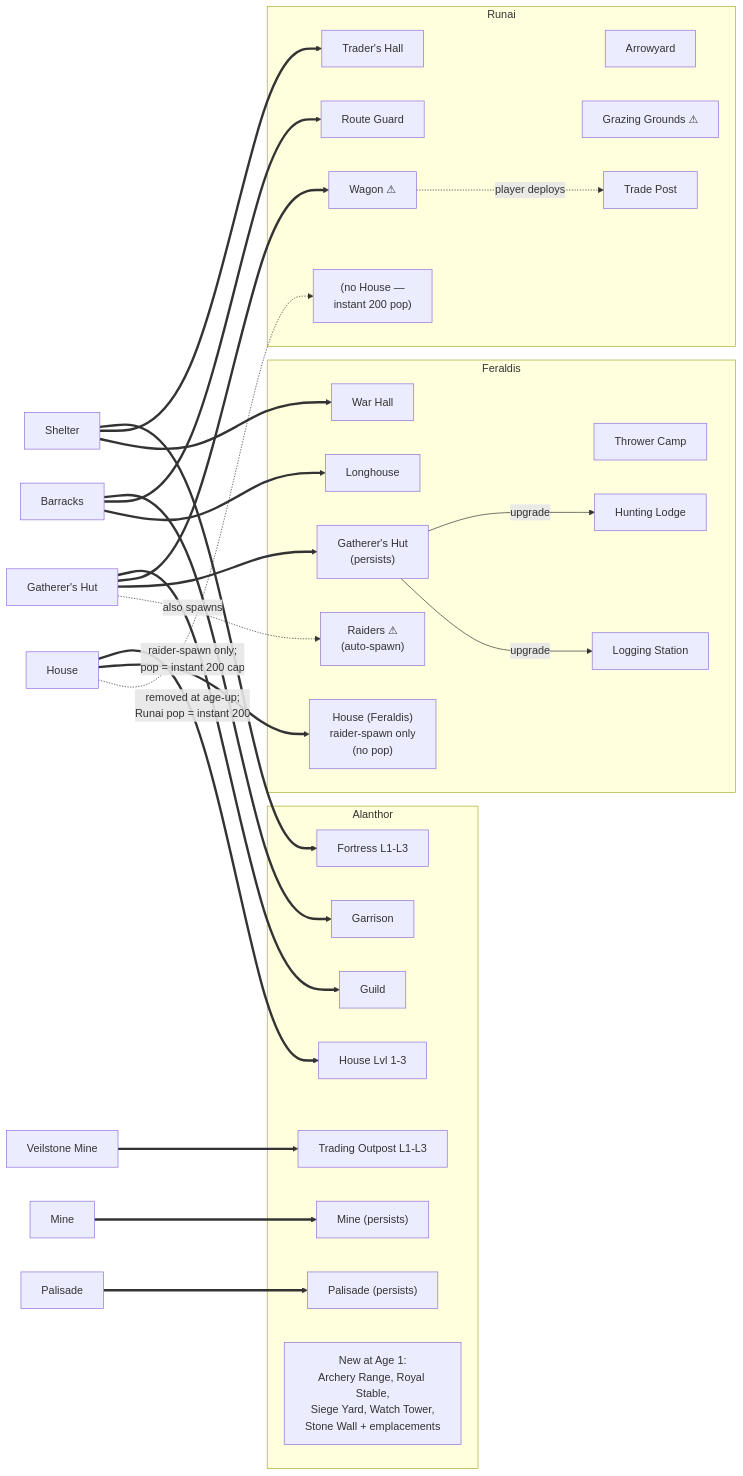
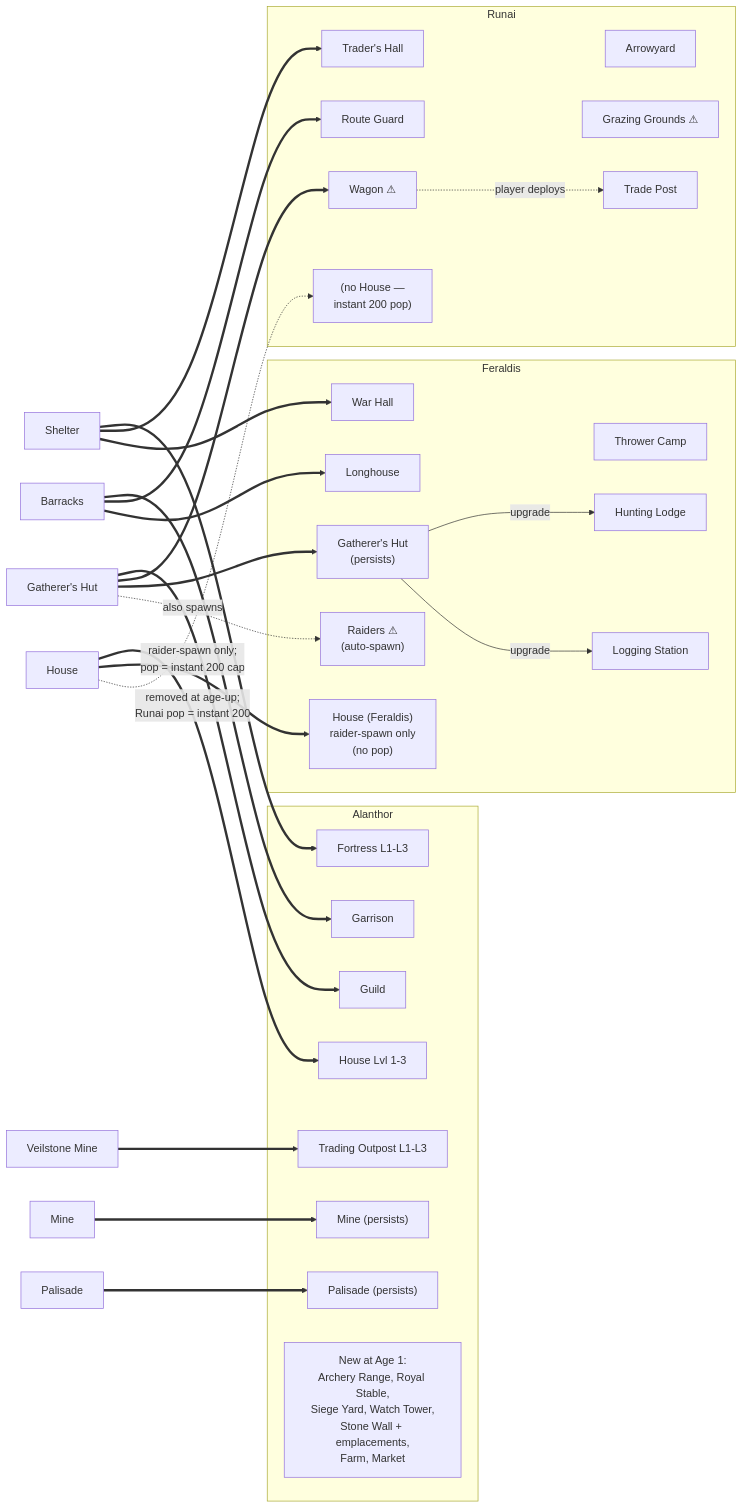
The first of 5 diagrams in docs/Design/Tech_Tree.md (LuisMartinsGit/super_duper_twb1.2), drawn with Mermaid before and after one commit. The commit also changed other lines of this file and 192 other files, not shown here.

````diff
--- a/docs/Design/Tech_Tree.md
+++ b/docs/Design/Tech_Tree.md
@@ -46,58 +52,58 @@
 ```mermaid
 flowchart LR
     Cap0["Shelter"]
     Bar0["Barracks"]
     H0["House"]
     GH0["Gatherer's Hut"]
     VM0["Veilstone Mine"]
     Mi0["Mine"]
     Pal0["Palisade"]
 
     subgraph Alanthor
         TH_A["Fortress L1-L3"]
         Gar["Garrison"]
         H_A["House Lvl 1-3"]
         Guild_A["Guild"]
         TO_A["Trading Outpost L1-L3"]
         Mi_A["Mine (persists)"]
         Pal_A["Palisade (persists)"]
-        New_A["New at Age 1:<br/>Archery Range, Royal Stable,<br/>Siege Yard, Watch Tower,<br/>Stone Wall + emplacements"]
+        New_A["New at Age 1:<br/>Archery Range, Royal Stable,<br/>Siege Yard, Watch Tower,<br/>Stone Wall + emplacements,<br/>Farm, Market"]
     end
 
     subgraph Runai
         TrH["Trader's Hall"]
         RG_R["Route Guard"]
         AY_R["Arrowyard"]
         GG_R["Grazing Grounds ⚠"]
         NoHouse_R["(no House —<br/>instant 200 pop)"]
         Wagon["Wagon ⚠"]
         TP["Trade Post"]
     end
 
     subgraph Feraldis
         WH_F["War Hall"]
         LH_F["Longhouse"]
         TC_F["Thrower Camp"]
         H_F["House (Feraldis)<br/>raider-spawn only<br/>(no pop)"]
         FGH_F["Gatherer's Hut<br/>(persists)"]
         HL_F["Hunting Lodge"]
         LS_F["Logging Station"]
         FR_F["Raiders ⚠<br/>(auto-spawn)"]
     end
 
     Cap0 ==> TH_A & TrH & WH_F
     Bar0 ==> Gar & RG_R & LH_F
     H0 ==> H_A
     H0 ==>|"raider-spawn only;<br/>pop = instant 200 cap"| H_F
     H0 -.->|"removed at age-up;<br/>Runai pop = instant 200"| NoHouse_R
     GH0 ==> Guild_A
     VM0 ==> TO_A
     Mi0 ==> Mi_A
     Pal0 ==> Pal_A
     GH0 ==> Wagon
     GH0 ==> FGH_F
     GH0 -.->|"also spawns"| FR_F
     Wagon -.->|"player deploys"| TP
     FGH_F -->|"upgrade"| HL_F
     FGH_F -->|"upgrade"| LS_F
 ```
````
